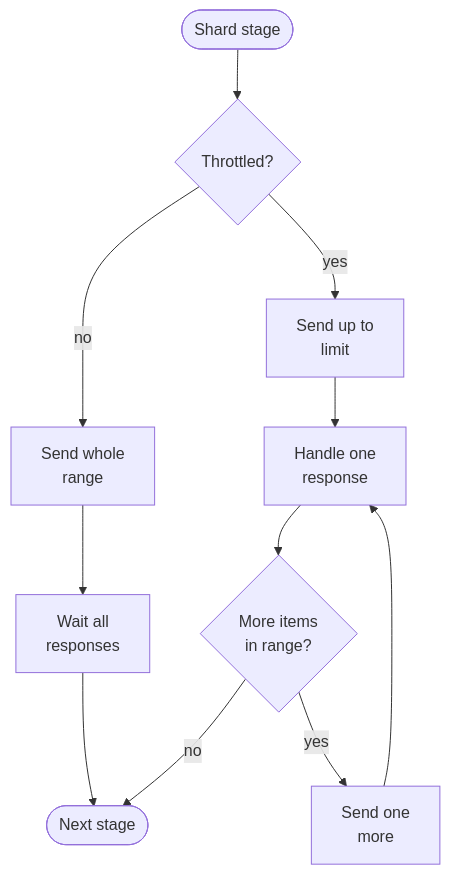
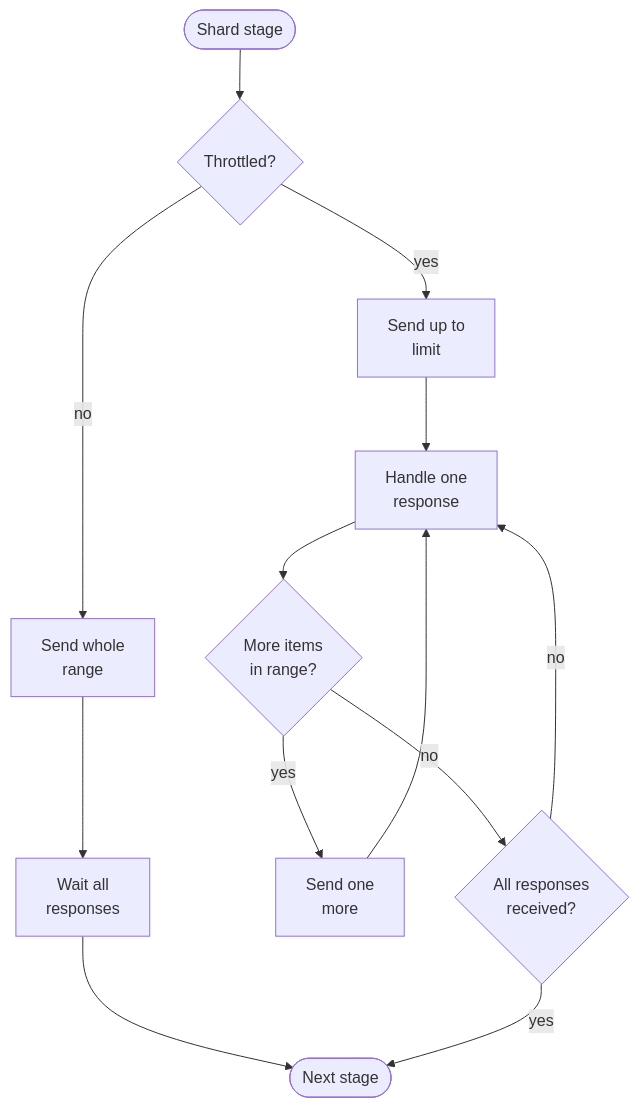
Before and after one commit to ydb-platform/nbs: the second of 4 diagrams in doc/filestore/design/resize_flow.md, drawn with Mermaid. The commit also changed other lines of this file, not shown here.

````diff
--- a/doc/filestore/design/resize_flow.md
+++ b/doc/filestore/design/resize_flow.md
@@ -116,14 +125,16 @@
 ```mermaid
 flowchart TD
     BatchStart([Shard stage]) --> ThrottledBatch{Throttled?}
     ThrottledBatch -->|no| SendAll["Send whole<br/>range"]
     SendAll --> WaitAll["Wait all<br/>responses"]
     WaitAll --> BatchDone([Next stage])
 
     ThrottledBatch -->|yes| SendWindow["Send up to<br/>limit"]
     SendWindow --> OneResponse["Handle one<br/>response"]
     OneResponse --> MoreItems{More items<br/>in range?}
     MoreItems -->|yes| SendOne["Send one<br/>more"]
     SendOne --> OneResponse
-    MoreItems -->|no| BatchDone
+    MoreItems -->|no| AllReplied{All responses<br/>received?}
+    AllReplied -->|no| OneResponse
+    AllReplied -->|yes| BatchDone
 ```
````
